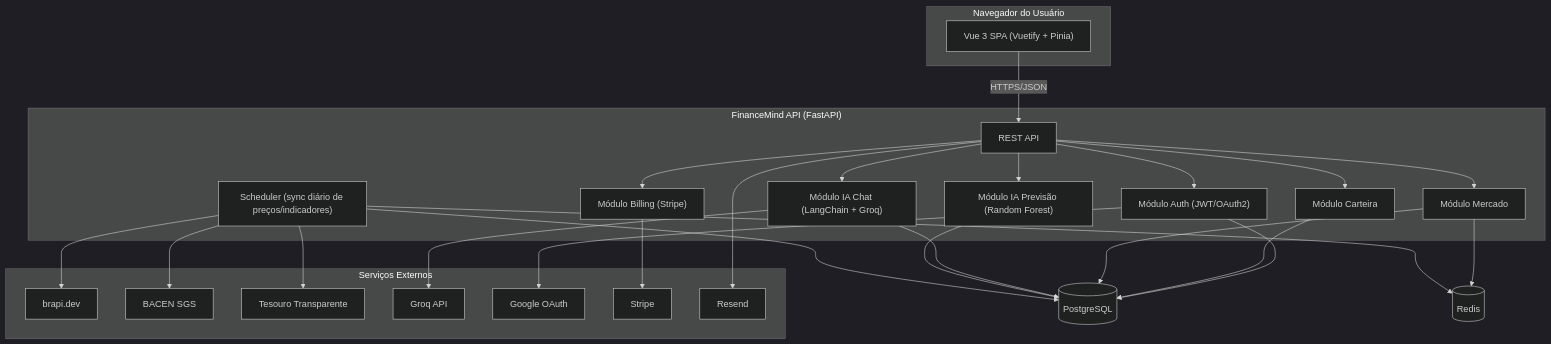
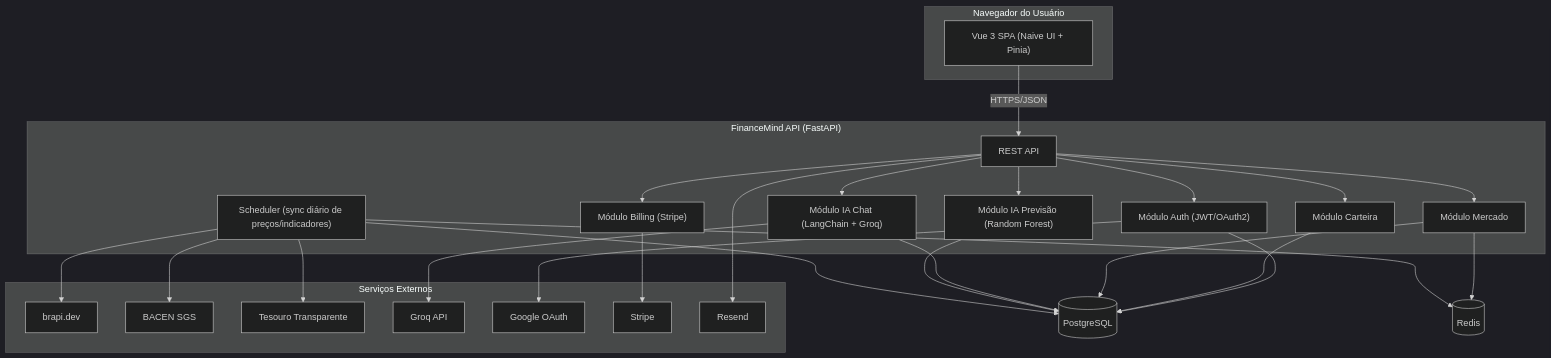
One commit to AdrianResende/FinanceMind changed the first of 5 diagrams in docs/02-arquitetura-tecnica.md. Above: the diagram before and after it, drawn with Mermaid (dark theme). The commit also changed other lines of this file and 39 other files, not shown here.

````diff
--- a/docs/02-arquitetura-tecnica.md
+++ b/docs/02-arquitetura-tecnica.md
@@ -23,55 +23,55 @@
 ```mermaid
 flowchart TB
     subgraph Client["Navegador do Usuário"]
-        SPA["Vue 3 SPA (Vuetify + Pinia)"]
+        SPA["Vue 3 SPA (Naive UI + Pinia)"]
     end
 
     subgraph Backend["FinanceMind API (FastAPI)"]
         API["REST API"]
         AUTH["Módulo Auth (JWT/OAuth2)"]
         PORT["Módulo Carteira"]
         MKT["Módulo Mercado"]
         AI_CHAT["Módulo IA Chat (LangChain + Groq)"]
         AI_ML["Módulo IA Previsão (Random Forest)"]
         BILL["Módulo Billing (Stripe)"]
         JOBS["Scheduler (sync diário de preços/indicadores)"]
     end
 
     DB[(PostgreSQL)]
     CACHE[(Redis)]
 
     subgraph External["Serviços Externos"]
         BRAPI["brapi.dev"]
         BACEN["BACEN SGS"]
         TESOURO["Tesouro Transparente"]
         GROQ["Groq API"]
         GOOGLE["Google OAuth"]
         STRIPE["Stripe"]
         RESEND["Resend"]
     end
 
     SPA -->|HTTPS/JSON| API
     API --> AUTH
     API --> PORT
     API --> MKT
     API --> AI_CHAT
     API --> AI_ML
     API --> BILL
 
     AUTH --> GOOGLE
     AUTH --> DB
     PORT --> DB
     MKT --> DB
     MKT --> CACHE
     AI_CHAT --> GROQ
     AI_CHAT --> DB
     AI_ML --> DB
     BILL --> STRIPE
     API --> RESEND
 
     JOBS --> BRAPI
     JOBS --> BACEN
     JOBS --> TESOURO
     JOBS --> DB
     JOBS --> CACHE
 ```
````
